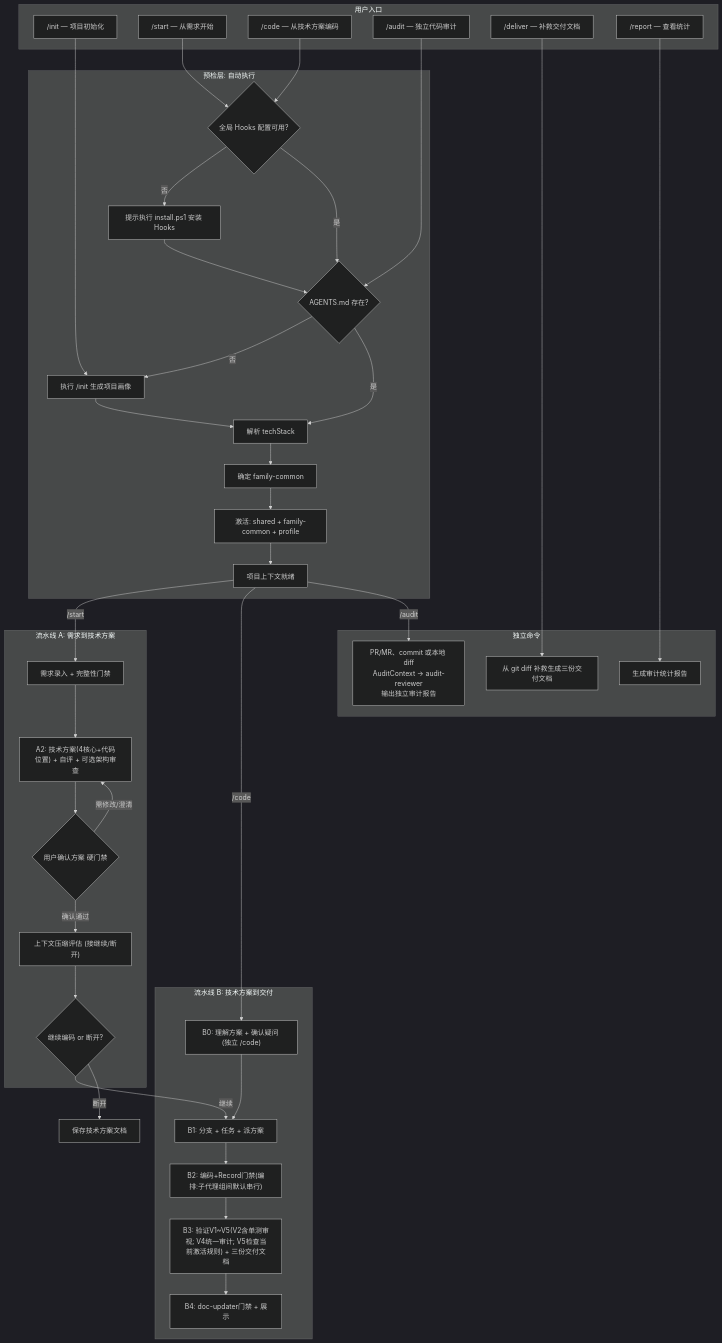
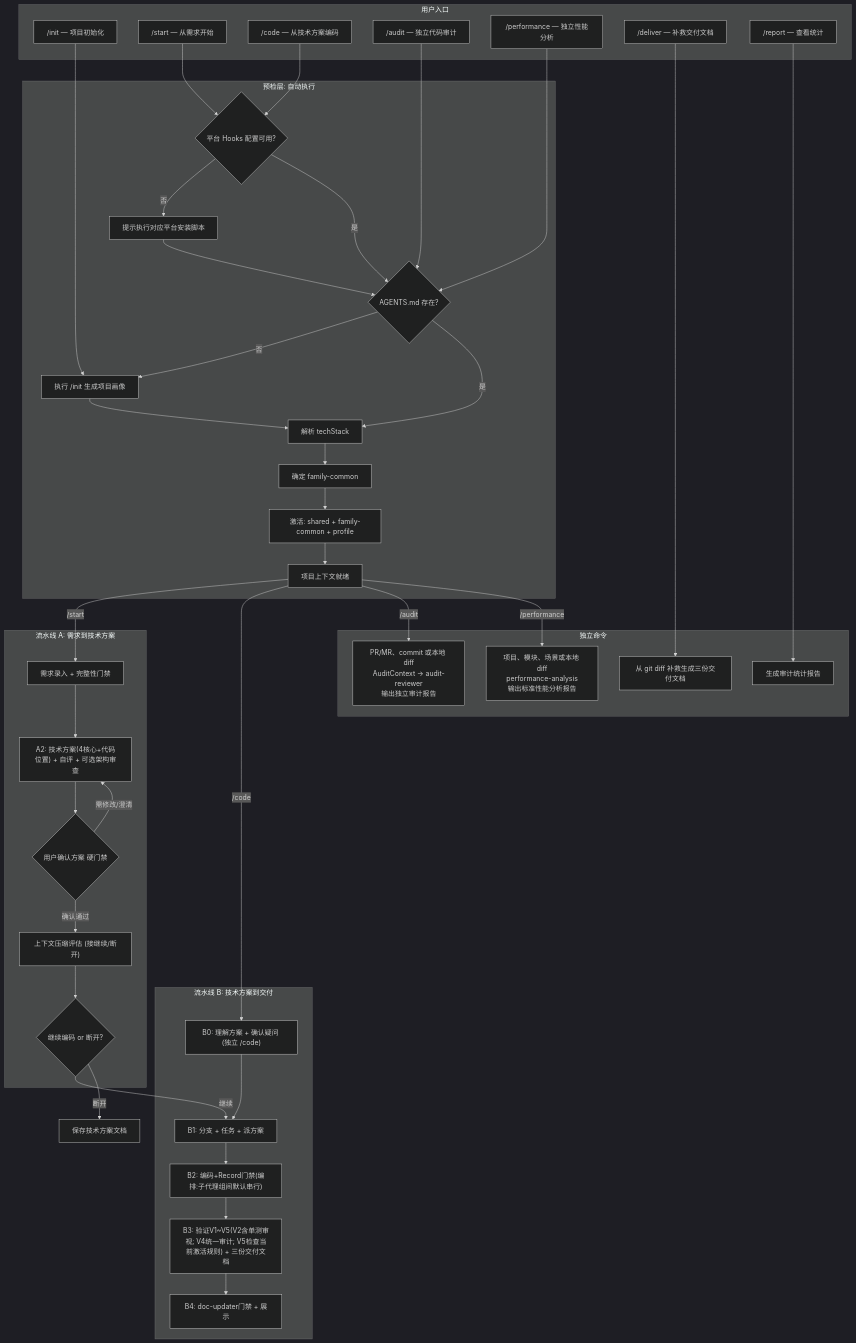
Before and after one commit to leikegeek/coding-exoskeleton: the diagram in docs/user-guide.md, drawn with Mermaid (dark theme). The commit also changed other lines of this file and 189 other files, not shown here.

````diff
--- a/docs/user-guide.md
+++ b/docs/user-guide.md
@@ -115,67 +146,71 @@
 ```mermaid
 flowchart TD
     subgraph entry [用户入口]
         CMD_INIT["/init — 项目初始化"]
         CMD_START["/start — 从需求开始"]
         CMD_CODE["/code — 从技术方案编码"]
         CMD_AUDIT["/audit — 独立代码审计"]
+        CMD_PERF["/performance — 独立性能分析"]
         CMD_DELIVER["/deliver — 补救交付文档"]
         CMD_REPORT["/report — 查看统计"]
     end
 
     subgraph preCheck [预检层: 自动执行]
-        PC_Hooks{"全局 Hooks 配置可用?"}
-        PC_InstallHooks["提示执行 install.ps1 安装 Hooks"]
+        PC_Hooks{"平台 Hooks 配置可用?"}
+        PC_InstallHooks["提示执行对应平台安装脚本"]
         PC_Agents{"AGENTS.md 存在?"}
         PC_Init["执行 /init 生成项目画像"]
         PC_Profile["解析 techStack"]
         PC_Family["确定 family-common"]
         PC_Activate["激活: shared + family-common + profile"]
         PC_Ready["项目上下文就绪"]
     end
 
     subgraph pipelineA [流水线 A: 需求到技术方案]
         A_Intake["需求录入 + 完整性门禁"]
         A_Design["A2: 技术方案(4核心+代码位置) + 自评 + 可选架构审查"]
         A_Gate{"用户确认方案 硬门禁"}
         A_Compact["上下文压缩评估 (接继续/断开)"]
         A_Choice{"继续编码 or 断开?"}
     end
 
     subgraph pipelineB [流水线 B: 技术方案到交付]
         B_Understand["B0: 理解方案 + 确认疑问 (独立 /code)"]
         B_Prepare["B1: 分支 + 任务 + 派方案"]
         B_Code["B2: 编码+Record门禁(编排:子代理组间默认串行)"]
         B_Verify["B3: 验证V1~V5(V2含单测审视; V4统一审计; V5检查当前激活规则) + 三份交付文档"]
         B_Deliver["B4: doc-updater门禁 + 展示"]
     end
 
     subgraph standalone [独立命令]
         AUDIT_FLOW["PR/MR、commit 或本地 diff<br/>AuditContext → audit-reviewer<br/>输出独立审计报告"]
+        PERF_FLOW["项目、模块、场景或本地 diff<br/>performance-analysis<br/>输出标准性能分析报告"]
         DELIVER_FIX["从 git diff 补救生成三份交付文档"]
         REPORT_GEN["生成审计统计报告"]
     end
 
     CMD_INIT --> PC_Init
     CMD_START --> PC_Hooks
     CMD_CODE --> PC_Hooks
     CMD_AUDIT --> PC_Agents
+    CMD_PERF --> PC_Agents
     CMD_DELIVER --> DELIVER_FIX
     CMD_REPORT --> REPORT_GEN
 
     PC_Hooks -->|"否"| PC_InstallHooks --> PC_Agents
     PC_Hooks -->|"是"| PC_Agents
     PC_Agents -->|"否"| PC_Init --> PC_Profile
     PC_Agents -->|"是"| PC_Profile
     PC_Profile --> PC_Family --> PC_Activate --> PC_Ready
 
     PC_Ready -->|"/start"| A_Intake --> A_Design --> A_Gate
     A_Gate -->|需修改/澄清| A_Design
     A_Gate -->|确认通过| A_Compact --> A_Choice
     A_Choice -->|"继续"| B_Prepare
     A_Choice -->|"断开"| OUT_A["保存技术方案文档"]
 
     PC_Ready -->|"/code"| B_Understand --> B_Prepare
     B_Prepare --> B_Code --> B_Verify --> B_Deliver
     PC_Ready -->|"/audit"| AUDIT_FLOW
+    PC_Ready -->|"/performance"| PERF_FLOW
 ```
````
